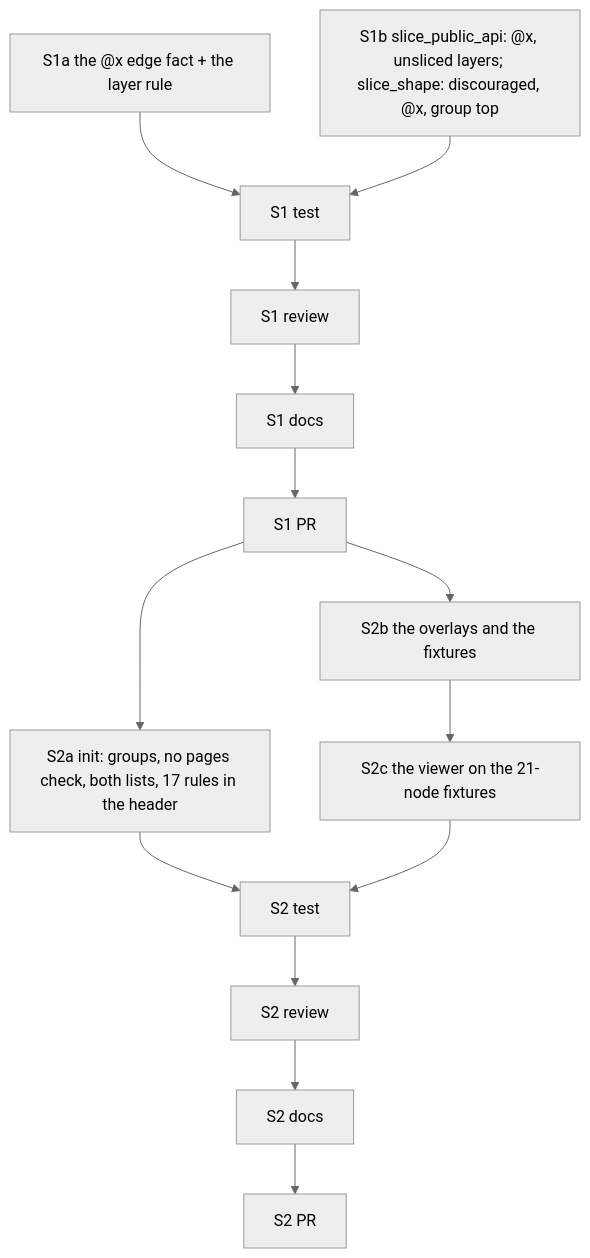
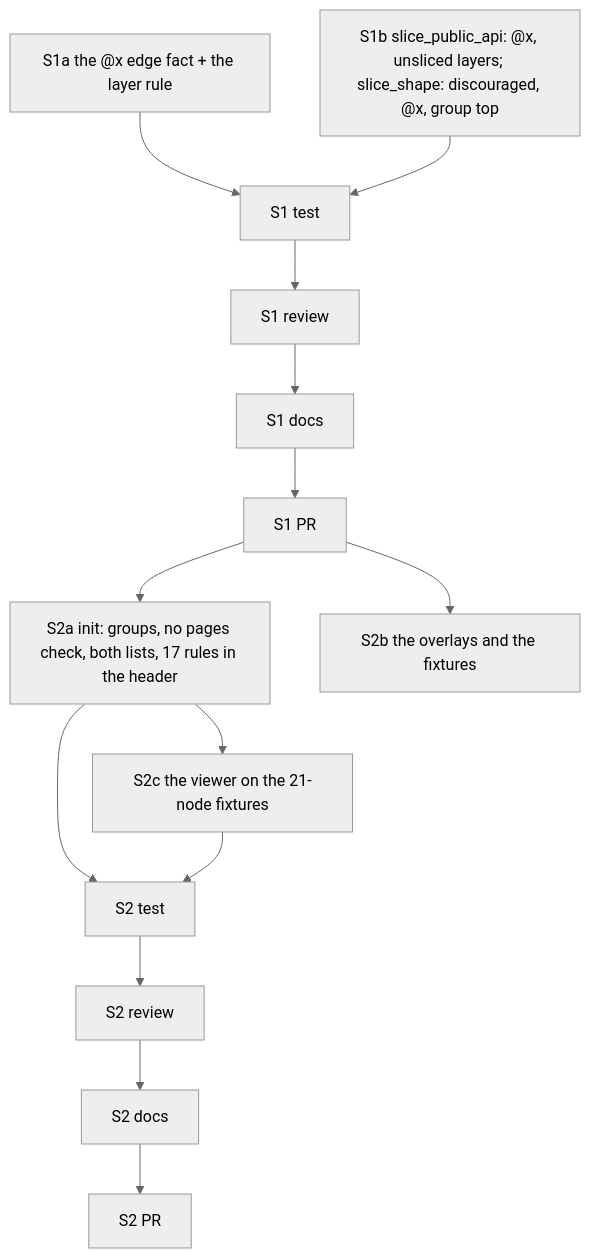
One commit to zoologov/beadloom changed the diagram in .claude/development/docs/features/BDL-082/PLAN.md. Above: the diagram before and after it, drawn with Mermaid (neutral theme). The commit also changed other lines of this file and 2 other files, not shown here.

Commit message:
[BDL-082] chore: coordinator state at the pause of 2026-10-12 - S2b closed, S2c landed as WIP, the S2c->S2b edge removed by the owner
Claude-Session: https://claude.ai/code/session_012j6eND86oCSaJdZWNN52B8

````diff
--- a/.claude/development/docs/features/BDL-082/PLAN.md
+++ b/.claude/development/docs/features/BDL-082/PLAN.md
@@ -17,12 +17,12 @@
 ```mermaid
 graph TD
     S1a[S1a the @x edge fact + the layer rule] --> S1T[S1 test]
     S1b[S1b slice_public_api: @x, unsliced layers; slice_shape: discouraged, @x, group top] --> S1T
     S1T --> S1R[S1 review] --> S1W[S1 docs] --> S1P[S1 PR]
     S1P --> S2a[S2a init: groups, no pages check, both lists, 17 rules in the header]
     S1P --> S2b[S2b the overlays and the fixtures]
     S2a --> S2T[S2 test]
-    S2b --> S2c[S2c the viewer on the 21-node fixtures]
+    S2a --> S2c[S2c the viewer on the 21-node fixtures]
     S2c --> S2T
     S2T --> S2R[S2 review] --> S2W[S2 docs] --> S2P[S2 PR]
 ```
````
